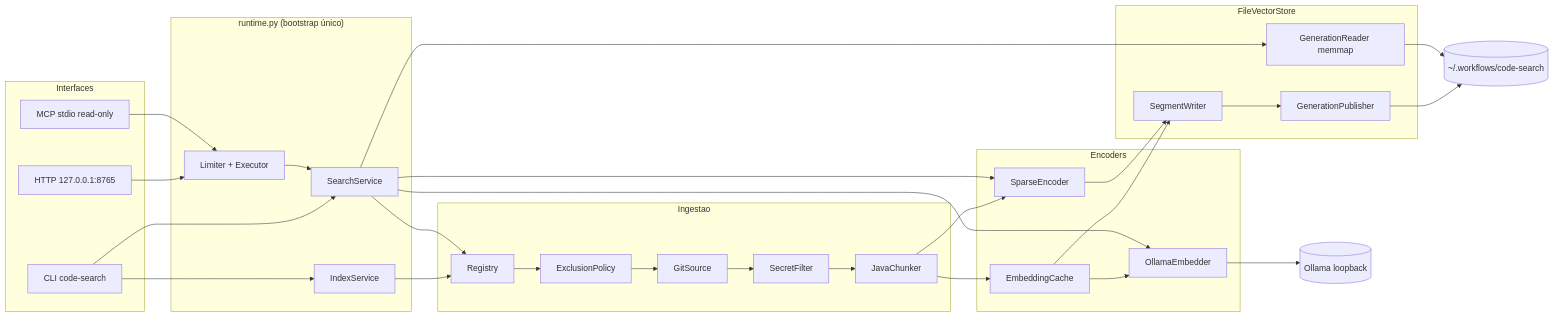
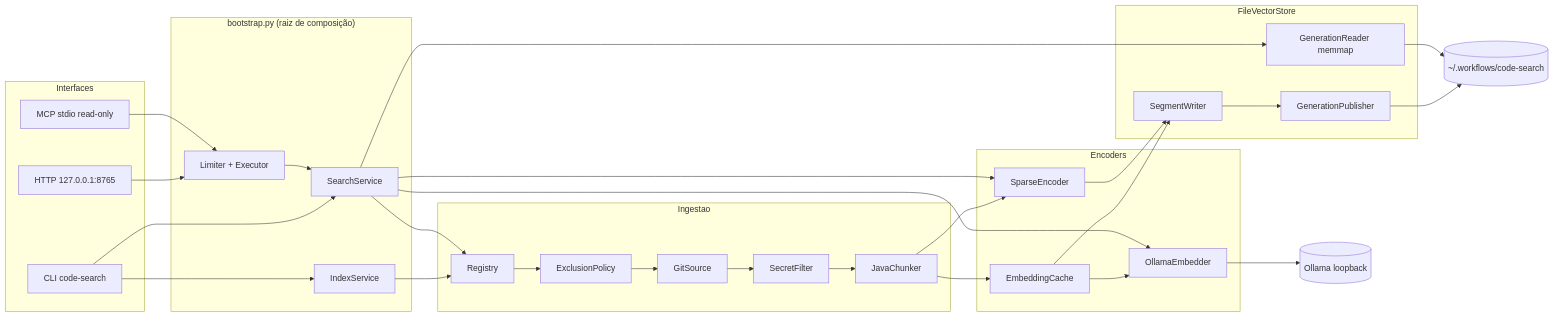
Before and after one commit to luan-vega/spec-embeddings: the first of 2 diagrams in docs/arquitetura.md, drawn with Mermaid. The commit also changed other lines of this file and 53 other files, not shown here.

````diff
--- a/docs/arquitetura.md
+++ b/docs/arquitetura.md
@@ -90,54 +90,54 @@
 ```mermaid
 flowchart LR
   subgraph Interfaces
     CLI[CLI code-search]
     HTTP[HTTP 127.0.0.1:8765]
     MCP[MCP stdio read-only]
   end
 
-  subgraph Runtime["runtime.py (bootstrap único)"]
+  subgraph Runtime["bootstrap.py (raiz de composição)"]
     SVC[SearchService]
     IDX[IndexService]
     LIM[Limiter + Executor]
   end
 
   subgraph Ingestao
     REG[Registry]
     POL[ExclusionPolicy]
     GIT[GitSource]
     CHK[JavaChunker]
     SEC[SecretFilter]
   end
 
   subgraph Encoders
     EMB[OllamaEmbedder]
     CACHE[EmbeddingCache]
     SPA[SparseEncoder]
   end
 
   subgraph Store["FileVectorStore"]
     SEG[SegmentWriter]
     PUB[GenerationPublisher]
     RD[GenerationReader memmap]
   end
 
   OLL[(Ollama loopback)]
   FS[(~/.workflows/code-search)]
 
   CLI --> IDX
   CLI --> SVC
   HTTP --> LIM --> SVC
   MCP --> LIM
 
   IDX --> REG --> POL --> GIT --> SEC --> CHK
   CHK --> CACHE --> EMB --> OLL
   CHK --> SPA
   CACHE --> SEG
   SPA --> SEG
   SEG --> PUB --> FS
 
   SVC --> REG
   SVC --> EMB
   SVC --> SPA
   SVC --> RD --> FS
 ```
````
